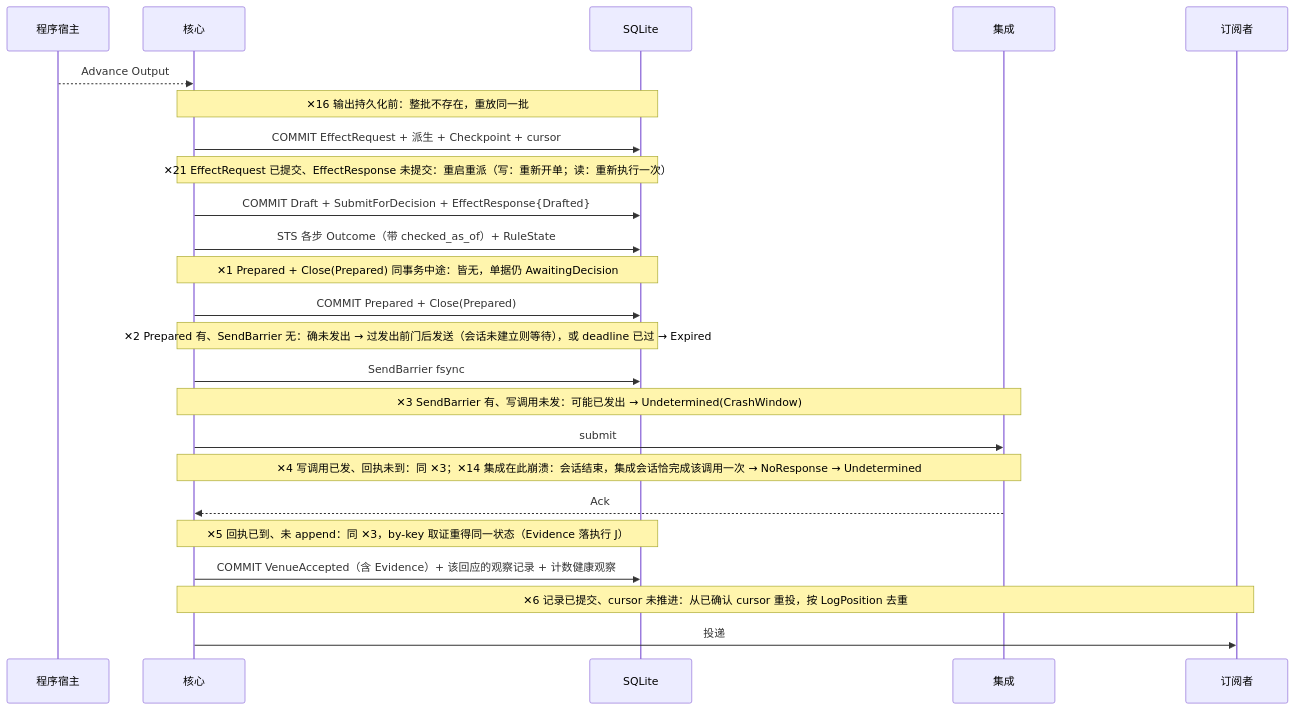
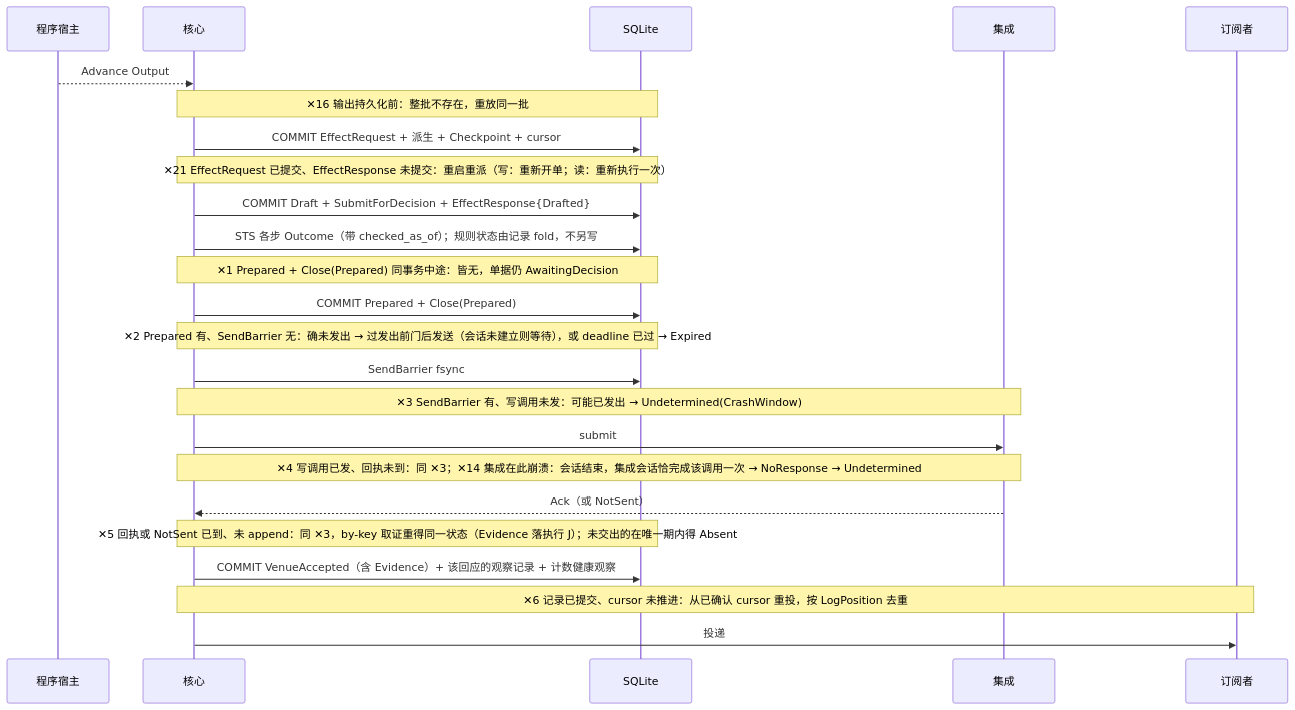
Before and after one commit to mouriya-s-lab/uta: the second of 4 diagrams in design/diagrams/07-crash-recovery.md, drawn with Mermaid. The commit also changed other lines of this file and 12 other files, not shown here.

Commit message:
design: write redraw — single-write attempts (atomic Replace or Unsupported), abandon replaces resolve, NotSent, capability-not-established wait, core-minted keys, RuleState as fold, integration-judged key windows, no core call timeout

````diff
--- a/design/diagrams/07-crash-recovery.md
+++ b/design/diagrams/07-crash-recovery.md
@@ -38,26 +37,26 @@
 ```mermaid
 sequenceDiagram
   participant H as 程序宿主
   participant C as 核心
   participant DB as SQLite
   participant I as 集成
   participant A as 订阅者
   H-->>C: Advance Output
   Note over C,DB: ✕16 输出持久化前：整批不存在，重放同一批
   C->>DB: COMMIT EffectRequest + 派生 + Checkpoint + cursor
   Note over C,DB: ✕21 EffectRequest 已提交、EffectResponse 未提交：重启重派（写：重新开单；读：重新执行一次）
   C->>DB: COMMIT Draft + SubmitForDecision + EffectResponse{Drafted}
-  C->>DB: STS 各步 Outcome（带 checked_as_of）+ RuleState
+  C->>DB: STS 各步 Outcome（带 checked_as_of）；规则状态由记录 fold，不另写
   Note over C,DB: ✕1 Prepared + Close(Prepared) 同事务中途：皆无，单据仍 AwaitingDecision
   C->>DB: COMMIT Prepared + Close(Prepared)
   Note over C,DB: ✕2 Prepared 有、SendBarrier 无：确未发出 → 过发出前门后发送（会话未建立则等待），或 deadline 已过 → Expired
   C->>DB: SendBarrier fsync
   Note over C,I: ✕3 SendBarrier 有、写调用未发：可能已发出 → Undetermined(CrashWindow)
   C->>I: submit
   Note over C,I: ✕4 写调用已发、回执未到：同 ✕3；✕14 集成在此崩溃：会话结束，集成会话恰完成该调用一次 → NoResponse → Undetermined
-  I-->>C: Ack
-  Note over C,DB: ✕5 回执已到、未 append：同 ✕3，by-key 取证重得同一状态（Evidence 落执行 J）
+  I-->>C: Ack（或 NotSent）
+  Note over C,DB: ✕5 回执或 NotSent 已到、未 append：同 ✕3，by-key 取证重得同一状态（Evidence 落执行 J）；未交出的在唯一期内得 Absent
   C->>DB: COMMIT VenueAccepted（含 Evidence）+ 该回应的观察记录 + 计数健康观察
   Note over C,A: ✕6 记录已提交、cursor 未推进：从已确认 cursor 重投，按 LogPosition 去重
   C->>A: 投递
 ```
````
